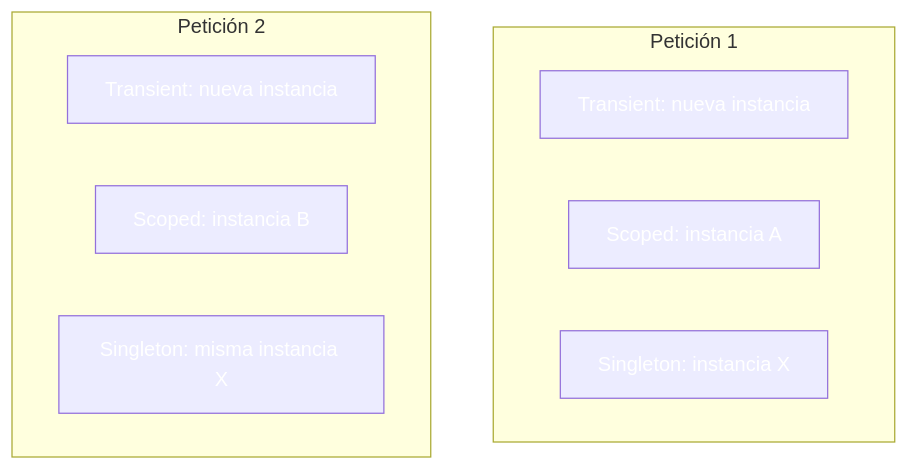
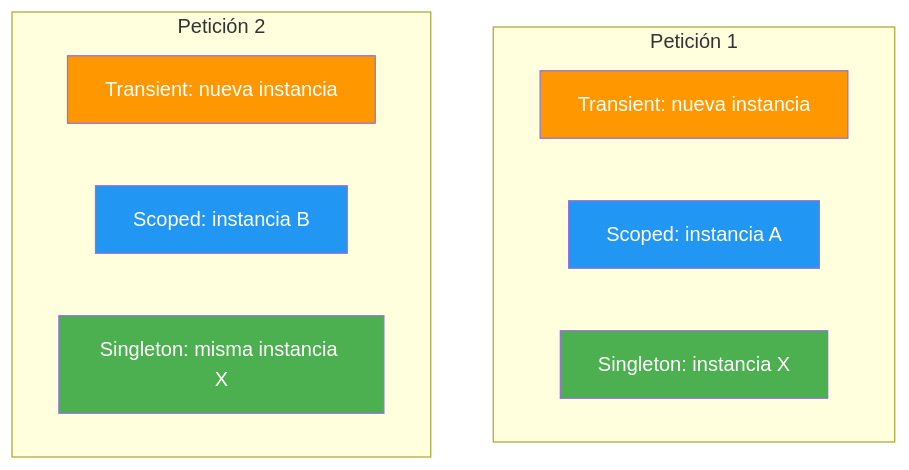
Before and after one commit to joseluisgs/DesarrolloWebEntornosServidor-02-2026-2027: the first of 5 diagrams in 06-inyeccion-dependencias.md, drawn with Mermaid. The commit also changed other lines of this file and 29 other files, not shown here.

Commit message:
docs: corregir estilos Mermaid y estilo, quitar referencias a la Tienda y reestructurar los retos 13 y 15

````diff
--- a/06-inyeccion-dependencias.md
+++ b/06-inyeccion-dependencias.md
@@ -173,19 +173,19 @@
 ```mermaid
 flowchart TB
     subgraph "Petición 1"
         T1["Transient: nueva instancia"]
         S1["Scoped: instancia A"]
         G1["Singleton: instancia X"]
     end
     subgraph "Petición 2"
         T2["Transient: nueva instancia"]
         S2["Scoped: instancia B"]
         G2["Singleton: misma instancia X"]
     end
-    style T1 fill:#FF980,color:#fff0,color:#fff
-    style T2 fill:#FF980,color:#fff0,color:#fff
-    style S1 fill:#2196F,color:#fff3,color:#fff
-    style S2 fill:#2196F,color:#fff3,color:#fff
-    style G1 fill:#4CAF5,color:#fff0,color:#fff
-    style G2 fill:#4CAF5,color:#fff0,color:#fff
+    style T1 fill:#FF9800,color:#fff
+    style T2 fill:#FF9800,color:#fff
+    style S1 fill:#2196F3,color:#fff
+    style S2 fill:#2196F3,color:#fff
+    style G1 fill:#4CAF50,color:#fff
+    style G2 fill:#4CAF50,color:#fff
 ```
````
